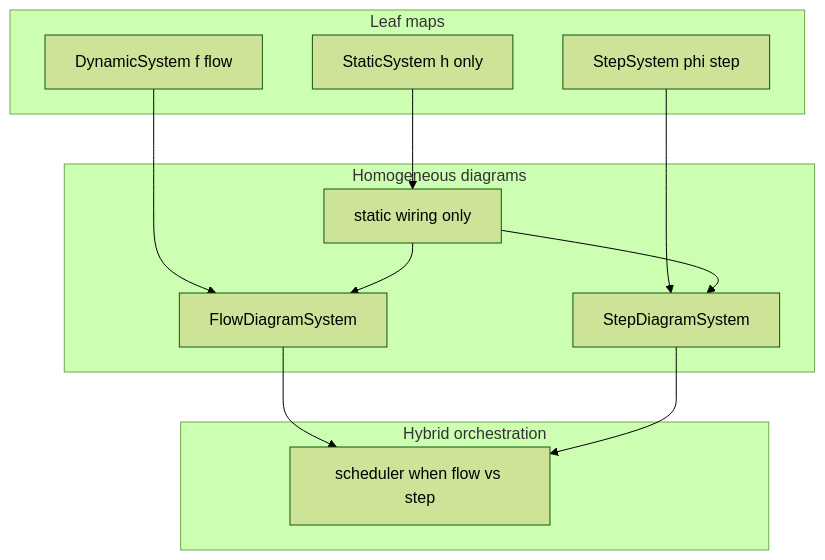
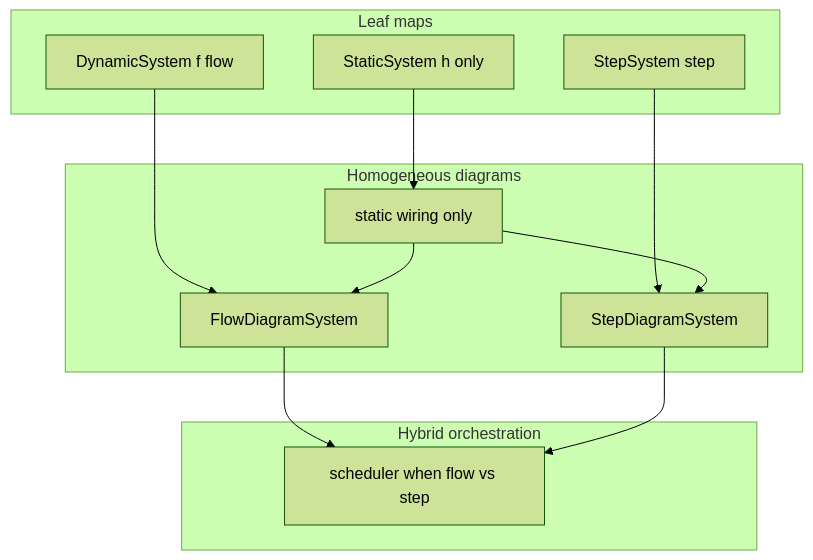
The second of 4 diagrams in docs/plans/hybrid-discrete-simulation.md (alx87grd/minilink), drawn with Mermaid (forest theme) before and after one commit. The commit also changed other lines of this file and 8 other files, not shown here.

````diff
--- a/docs/plans/hybrid-discrete-simulation.md
+++ b/docs/plans/hybrid-discrete-simulation.md
@@ -290,26 +299,26 @@
 ```mermaid
 flowchart TB
     subgraph leaves [Leaf maps]
         ST[StaticSystem h only]
         FL[DynamicSystem f flow]
-        SP[StepSystem phi step]
+        SP[StepSystem step]
     end
 
     subgraph diagrams [Homogeneous diagrams]
         D0[static wiring only]
         DF[FlowDiagramSystem]
         DS[StepDiagramSystem]
     end
 
     subgraph orch [Hybrid orchestration]
         O[scheduler when flow vs step]
     end
 
     ST --> D0
     FL --> DF
     SP --> DS
     D0 --> DF
     D0 --> DS
     DF --> O
     DS --> O
 ```
````
